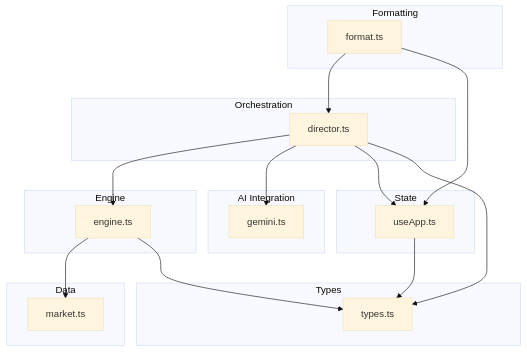
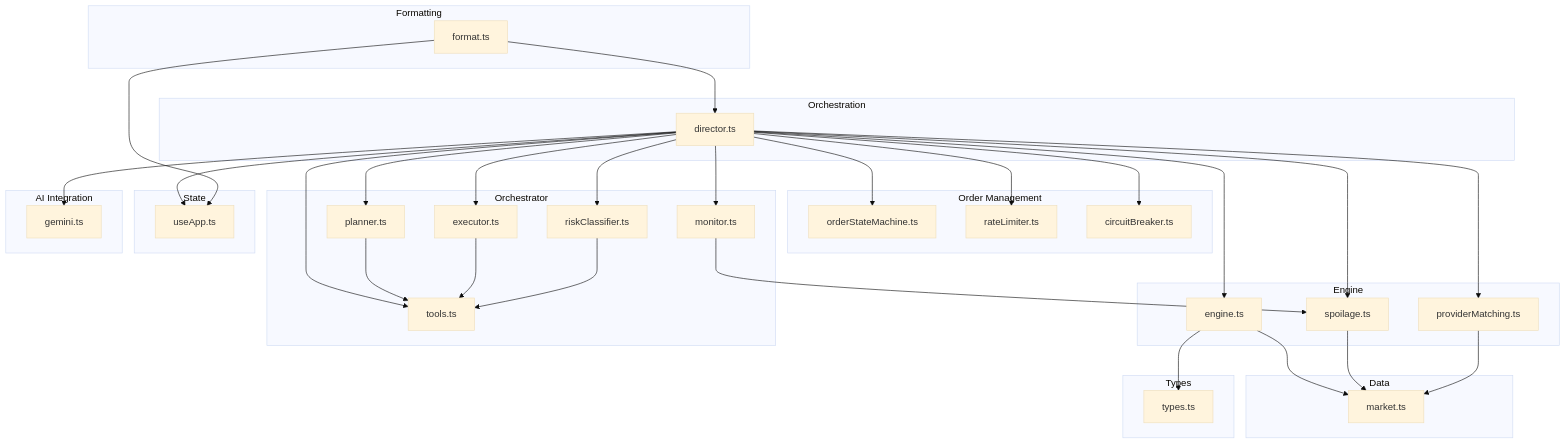
Before and after one commit to MudassarAbrar/FreshRoute-Ai: the first of 9 diagrams in .qoder/repowiki/en/content/Architecture Overview/Business Logic Layer.md, drawn with Mermaid (base theme). The commit also changed other lines of this file and 179 other files, not shown here.

````diff
--- a/.qoder/repowiki/en/content/Architecture Overview/Business Logic Layer.md
+++ b/.qoder/repowiki/en/content/Architecture Overview/Business Logic Layer.md
@@ -38,33 +64,61 @@
 ```mermaid
 graph TB
 subgraph "Data"
 M["market.ts"]
 end
 subgraph "Engine"
 E["engine.ts"]
+S["spoilage.ts"]
+PM["providerMatching.ts"]
+end
+subgraph "Order Management"
+OS["orderStateMachine.ts"]
+RL["rateLimiter.ts"]
+CB["circuitBreaker.ts"]
+end
+subgraph "Orchestrator"
+PL["planner.ts"]
+EX["executor.ts"]
+MO["monitor.ts"]
+RC["riskClassifier.ts"]
+TL["tools.ts"]
 end
 subgraph "Formatting"
 F["format.ts"]
 end
 subgraph "Orchestration"
 D["director.ts"]
 end
 subgraph "State"
-S["useApp.ts"]
+U["useApp.ts"]
 end
 subgraph "Types"
 T["types.ts"]
 end
 subgraph "AI Integration"
 G["gemini.ts"]
 end
 D --> E
 D --> G
 D --> S
+D --> PM
+D --> OS
+D --> RL
+D --> CB
+D --> PL
+D --> EX
+D --> MO
+D --> RC
+D --> TL
+D --> U
 E --> M
 E --> T
-D --> T
-S --> T
+S --> M
+PM --> M
+PL --> TL
+EX --> TL
+MO --> S
+RC --> TL
 F --> D
-F --> S
+F --> U
 ```
````
